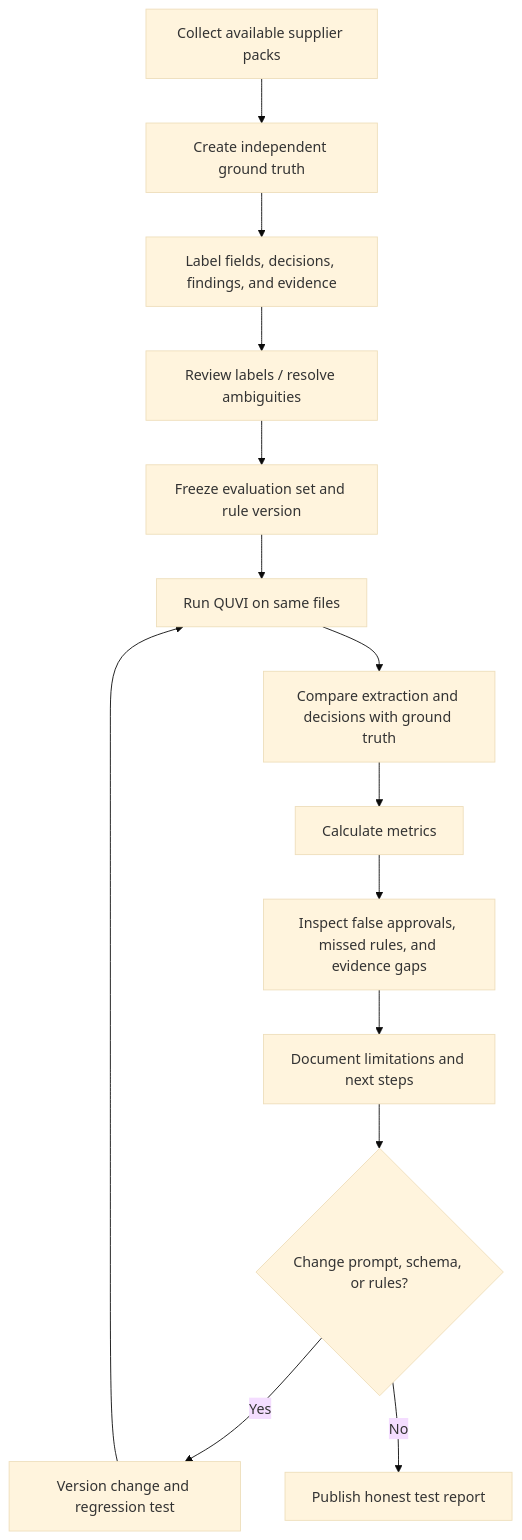
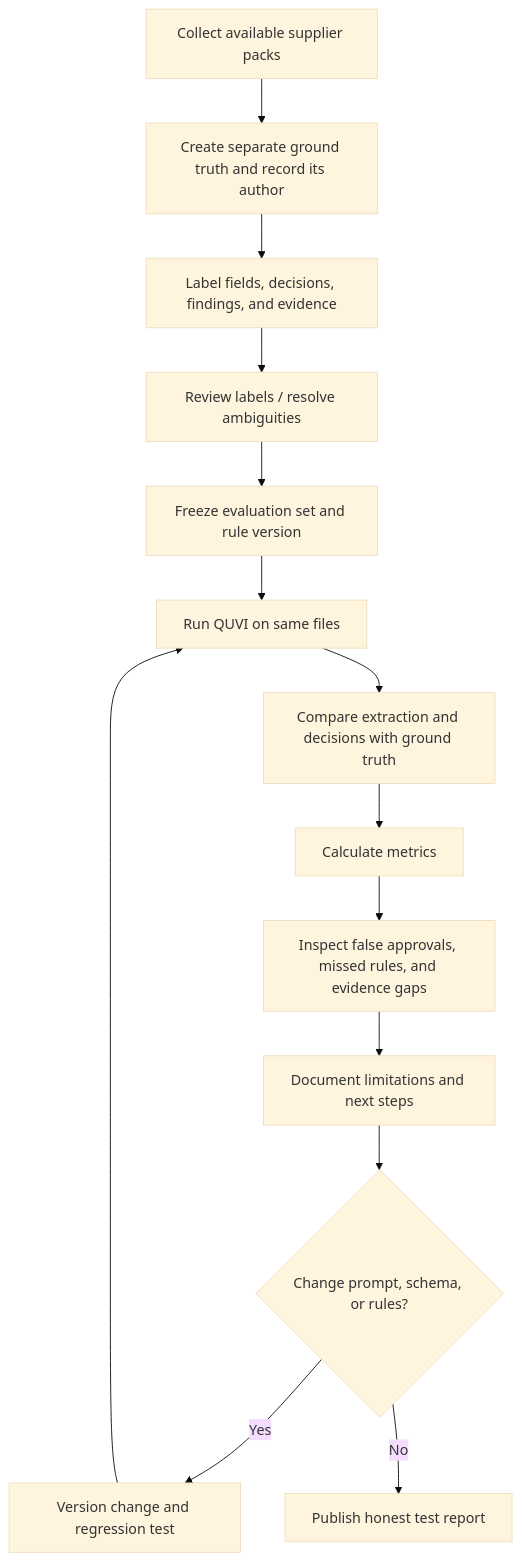
One commit to ifteyaj/QUVI-quotation-and-contract-checker- changed the seventh of 9 diagrams in docs/architecture-diagrams.md. Above: the diagram before and after it, drawn with Mermaid (base theme). The commit also changed 10 other files, not shown here.

````diff
--- a/docs/architecture-diagrams.md
+++ b/docs/architecture-diagrams.md
@@ -251,16 +251,16 @@
 ```mermaid
 flowchart TD
-    A[Collect available supplier packs] --> B[Create independent ground truth]
+    A[Collect available supplier packs] --> B[Create separate ground truth and record its author]
     B --> C[Label fields, decisions, findings, and evidence]
     C --> D[Review labels / resolve ambiguities]
     D --> E[Freeze evaluation set and rule version]
     E --> F[Run QUVI on same files]
     F --> G[Compare extraction and decisions with ground truth]
     G --> H[Calculate metrics]
     H --> I[Inspect false approvals, missed rules, and evidence gaps]
     I --> J[Document limitations and next steps]
     J --> K{Change prompt, schema, or rules?}
     K -- Yes --> L[Version change and regression test]
     L --> F
     K -- No --> M[Publish honest test report]
 ```
````
